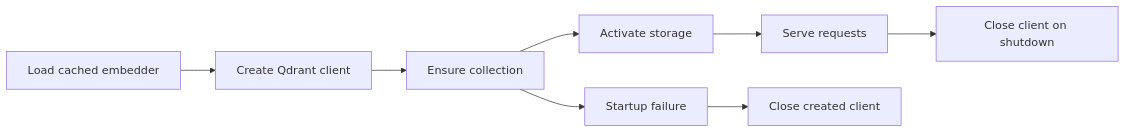
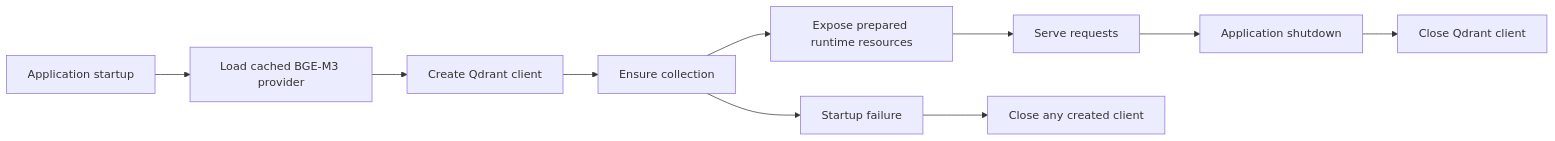
The third of 4 diagrams in prompts/PHASE_01/PLAN_02/PHASE_01_PLAN_02.md (RyxnDmello/atlas), drawn with Mermaid before and after one commit. The commit also changed other lines of this file and 13 other files, not shown here.

````diff
--- a/prompts/PHASE_01/PLAN_02/PHASE_01_PLAN_02.md
+++ b/prompts/PHASE_01/PLAN_02/PHASE_01_PLAN_02.md
@@ -67,10 +104,13 @@
 ```mermaid
 flowchart LR
-    Load["Load cached embedder"] --> Client["Create Qdrant client"]
+    Start["Application startup"] --> Load["Load cached BGE-M3 provider"]
+    Load --> Client["Create Qdrant client"]
     Client --> Ensure["Ensure collection"]
-    Ensure --> Activate["Activate storage"]
+    Ensure --> Activate["Expose prepared runtime resources"]
     Activate --> Serve["Serve requests"]
-    Serve --> Close["Close client on shutdown"]
+    Serve --> Shutdown["Application shutdown"]
+    Shutdown --> Close["Close Qdrant client"]
+
     Ensure --> Failure["Startup failure"]
-    Failure --> Cleanup["Close created client"]
+    Failure --> Cleanup["Close any created client"]
 ```
````
